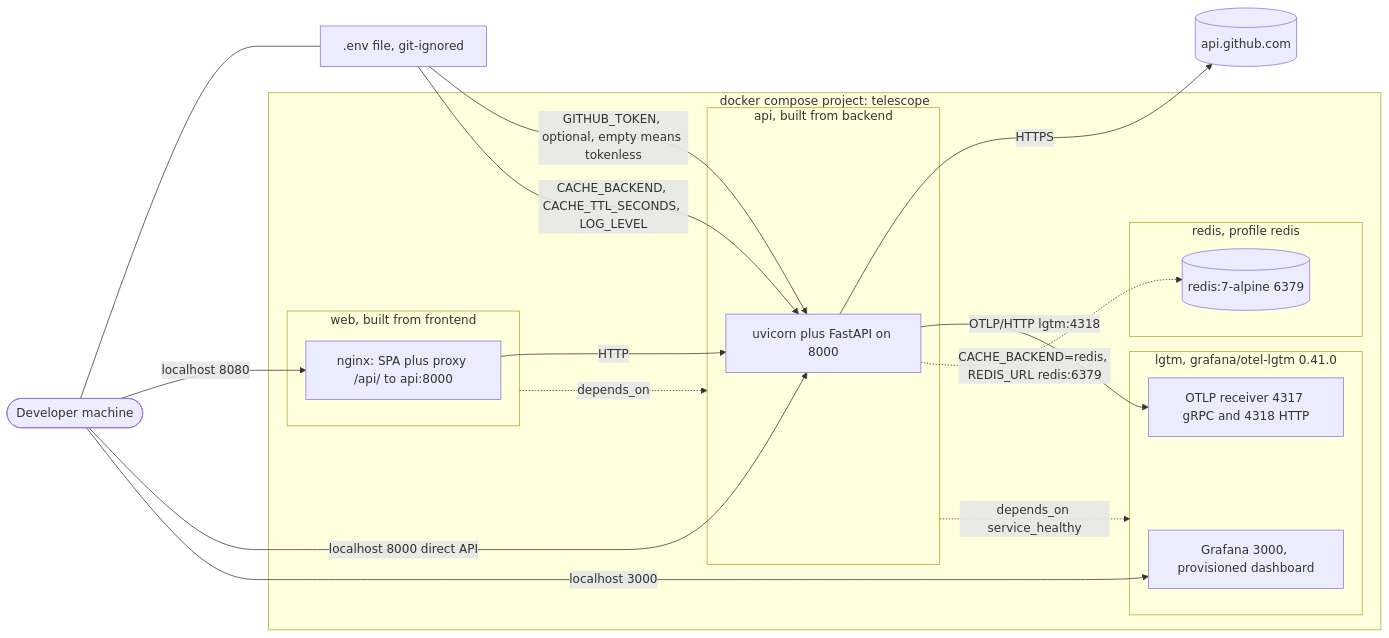
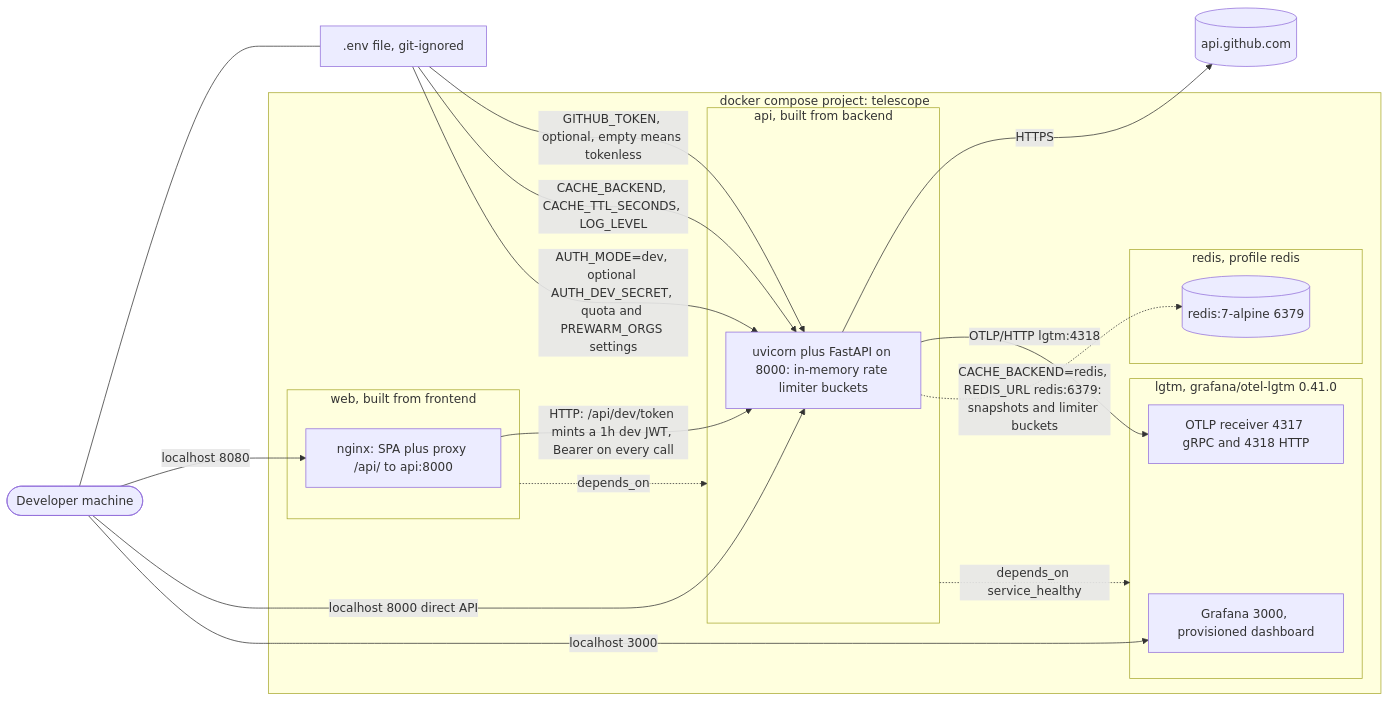
Before and after one commit to pmaybin/telescope: the eighth of 9 diagrams in docs/architecture.md, drawn with Mermaid. The commit also changed other lines of this file and 16 other files, not shown here.

First line of the commit message:
docs: bring the architecture narrative and README up to date with round two

````diff
--- a/docs/architecture.md
+++ b/docs/architecture.md
@@ -488,37 +662,38 @@
 ```mermaid
 flowchart LR
     dev(["Developer machine"])
     envfile[".env file, git-ignored"]
     dev --- envfile
 
     subgraph compose["docker compose project: telescope"]
         subgraph web["web, built from frontend"]
             nginx["nginx: SPA plus proxy /api/ to api:8000"]
         end
         subgraph api["api, built from backend"]
-            uv["uvicorn plus FastAPI on 8000"]
+            uv["uvicorn plus FastAPI on 8000: in-memory rate limiter buckets"]
         end
         subgraph lgtm["lgtm, grafana/otel-lgtm 0.41.0"]
             graf["Grafana 3000, provisioned dashboard"]
             otlp["OTLP receiver 4317 gRPC and 4318 HTTP"]
         end
         subgraph redisp["redis, profile redis"]
             rds[("redis:7-alpine 6379")]
         end
     end
 
     gh[("api.github.com")]
 
     envfile -->|"GITHUB_TOKEN, optional, empty means tokenless"| uv
     envfile -->|"CACHE_BACKEND, CACHE_TTL_SECONDS, LOG_LEVEL"| uv
+    envfile -->|"AUTH_MODE=dev, optional AUTH_DEV_SECRET, quota and PREWARM_ORGS settings"| uv
 
     dev -->|"localhost 8080"| nginx
     dev -->|"localhost 8000 direct API"| uv
     dev -->|"localhost 3000"| graf
-    nginx -->|"HTTP"| uv
+    nginx -->|"HTTP: /api/dev/token mints a 1h dev JWT, Bearer on every call"| uv
     uv -->|"HTTPS"| gh
     uv -->|"OTLP/HTTP lgtm:4318"| otlp
-    uv -.->|"CACHE_BACKEND=redis, REDIS_URL redis:6379"| rds
+    uv -.->|"CACHE_BACKEND=redis, REDIS_URL redis:6379: snapshots and limiter buckets"| rds
     web -.->|"depends_on"| api
     api -.->|"depends_on service_healthy"| lgtm
 ```
````
